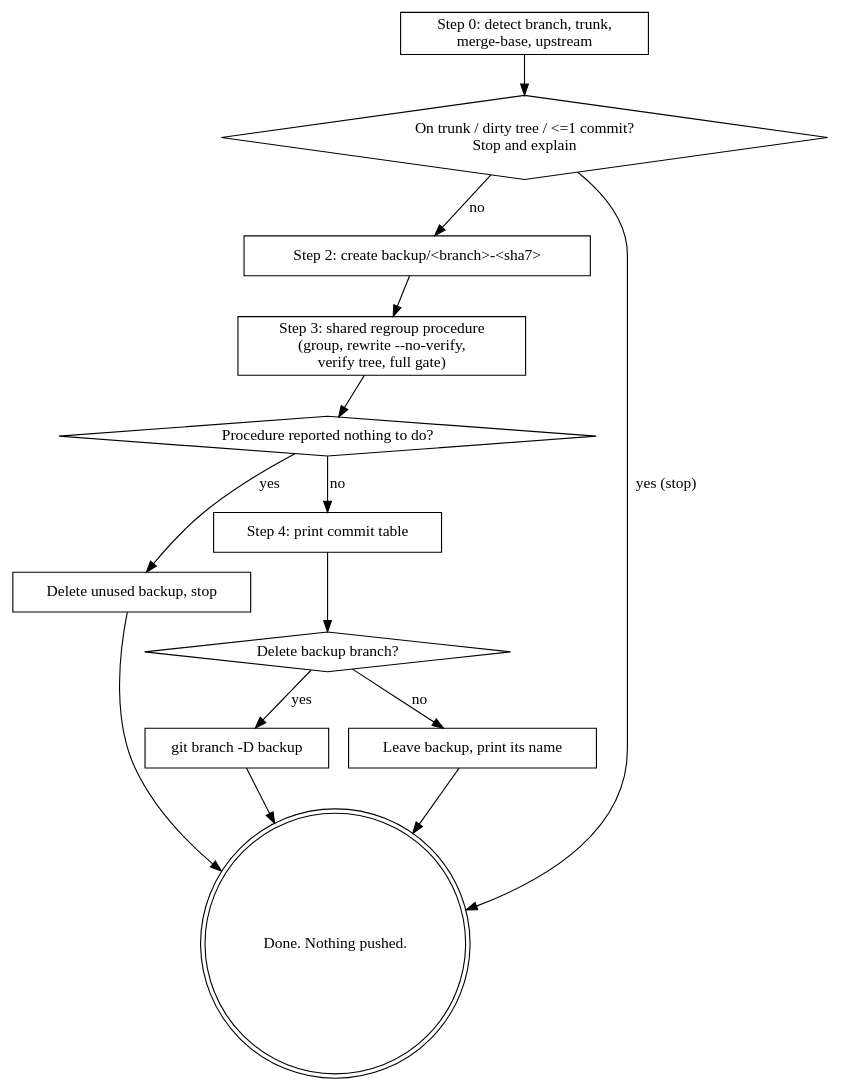
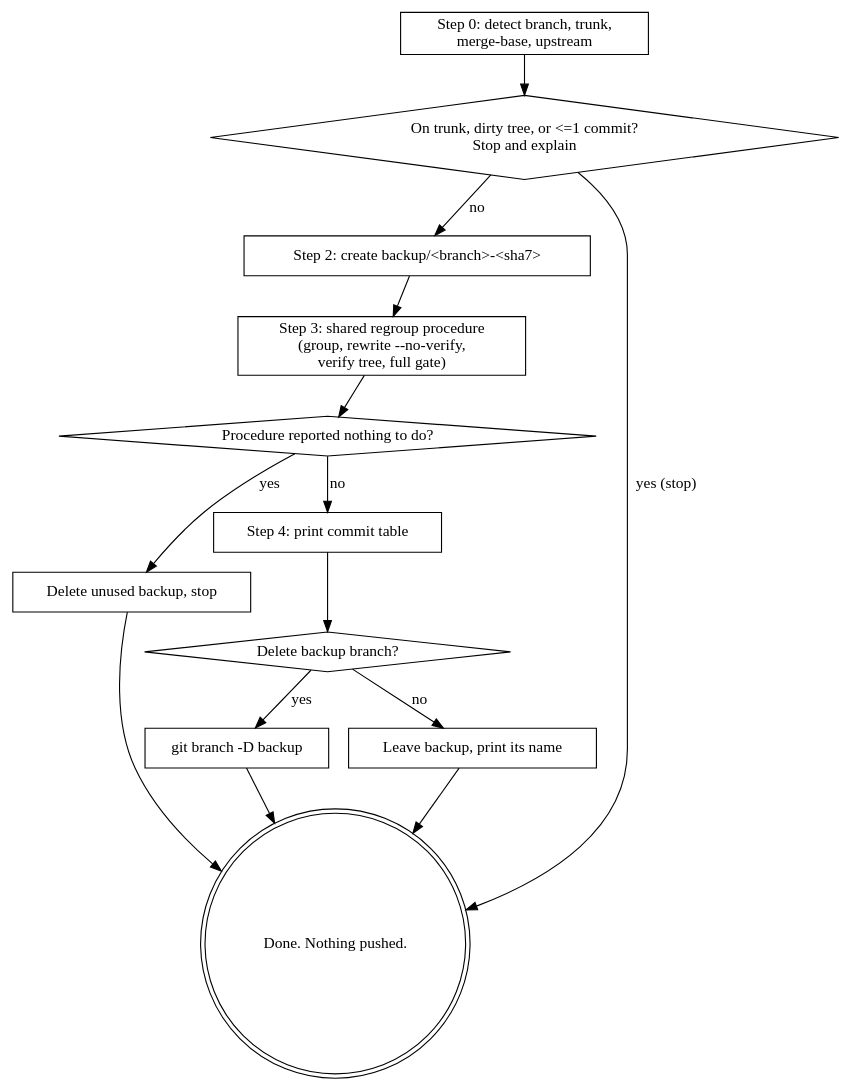
One commit to natelandau/cc-plugin changed the diagram in plugins/natelandau-toolkit/skills/cleanup-branch/SKILL.md. Above: the diagram before and after it, drawn with Graphviz. The commit also changed other lines of this file and 26 other files, not shown here.

````diff
--- a/plugins/natelandau-toolkit/skills/cleanup-branch/SKILL.md
+++ b/plugins/natelandau-toolkit/skills/cleanup-branch/SKILL.md
@@ -42,29 +28,29 @@
 ```dot
 digraph cleanup_branch {
   rankdir=TB; node [shape=box];
   detect   [label="Step 0: detect branch, trunk,\nmerge-base, upstream"];
-  refuse   [label="On trunk / dirty tree / <=1 commit?\nStop and explain" shape=diamond];
+  refuse   [label="On trunk, dirty tree, or <=1 commit?\nStop and explain" shape=diamond];
   backup   [label="Step 2: create backup/<branch>-<sha7>"];
   regroup  [label="Step 3: shared regroup procedure\n(group, rewrite --no-verify,\nverify tree, full gate)"];
   tidy     [label="Procedure reported nothing to do?" shape=diamond];
   cleanup  [label="Delete unused backup, stop"];
   report   [label="Step 4: print commit table"];
   ask      [label="Delete backup branch?" shape=diamond];
   del      [label="git branch -D backup"];
   keep     [label="Leave backup, print its name"];
   done     [label="Done. Nothing pushed." shape=doublecircle];
 
   detect -> refuse;
   refuse -> done [label="yes (stop)"];
   refuse -> backup [label="no"];
   backup -> regroup -> tidy;
   tidy -> cleanup [label="yes"];
   cleanup -> done;
   tidy -> report [label="no"];
   report -> ask;
   ask -> del [label="yes"];
   ask -> keep [label="no"];
   del -> done;
   keep -> done;
 }
 ```
````
